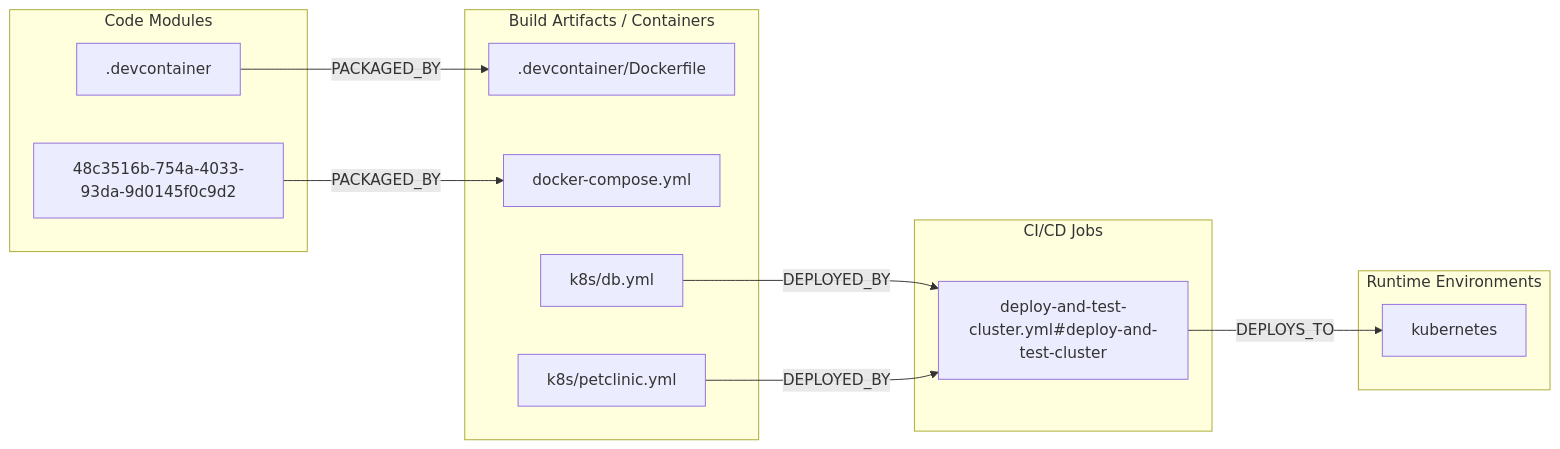
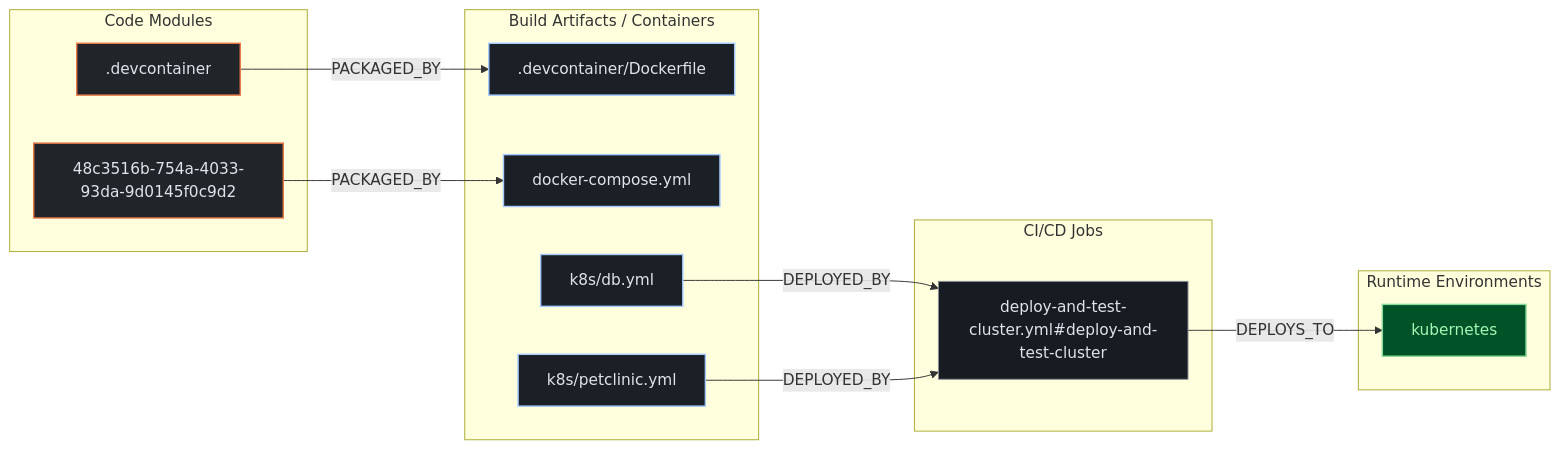
The second of 3 diagrams in exports/latest/reports/spring-projects-spring-petclinic-report.md (kumarshaz/atruss-code-atlas), drawn with Mermaid before and after one commit. The commit also changed other lines of this file and 331 other files, not shown here.

Commit message:
docs,ui,fix: update SDLC docs, reorder CI/CD DAG first, stylize Mermaid, and fix Arc42 pipeline topology

````diff
--- a/exports/latest/reports/spring-projects-spring-petclinic-report.md
+++ b/exports/latest/reports/spring-projects-spring-petclinic-report.md
@@ -163,24 +170,28 @@
 ```mermaid
 flowchart LR
+    classDef atlasCategory fill:#212428,stroke:#E87A48,stroke-width:1.5px,color:#dfe3eb
+    classDef atlasWorkflow fill:#1b2026,stroke:#a3c9ff,stroke-width:1.5px,color:#dfe3eb
+    classDef atlasJob fill:#171c22,stroke:#8d9199,stroke-width:1px,color:#dfe3eb
+    classDef atlasTarget fill:#005227,stroke:#8bd99b,stroke-width:1.5px,color:#a7f6b6
     subgraph code_modules["Code Modules"]
-        mod__devcontainer[".devcontainer"]
-        mod_48c3516b_754a_4033_93da_9d0145f0c9d2["48c3516b-754a-4033-93da-9d0145f0c9d2"]
+        mod__devcontainer[".devcontainer"]:::atlasCategory
+        mod_48c3516b_754a_4033_93da_9d0145f0c9d2["48c3516b-754a-4033-93da-9d0145f0c9d2"]:::atlasCategory
     end
     subgraph build_artifacts["Build Artifacts / Containers"]
-        art__devcontainer_Dockerfile[".devcontainer/Dockerfile"]
-        art_docker_compose_yml["docker-compose.yml"]
-        art_k8s_db_yml["k8s/db.yml"]
-        art_k8s_petclinic_yml["k8s/petclinic.yml"]
+        art__devcontainer_Dockerfile[".devcontainer/Dockerfile"]:::atlasWorkflow
+        art_docker_compose_yml["docker-compose.yml"]:::atlasWorkflow
+        art_k8s_db_yml["k8s/db.yml"]:::atlasWorkflow
+        art_k8s_petclinic_yml["k8s/petclinic.yml"]:::atlasWorkflow
     end
     subgraph ci_jobs["CI/CD Jobs"]
-        job_deploy_and_test_cluster_yml_deploy_and_test_cluster["deploy-and-test-cluster.yml#deploy-and-test-cluster"]
+        job_deploy_and_test_cluster_yml_deploy_and_test_cluster["deploy-and-test-cluster.yml#deploy-and-test-cluster"]:::atlasJob
     end
     subgraph runtime_envs["Runtime Environments"]
-        env_kubernetes["kubernetes"]
+        env_kubernetes["kubernetes"]:::atlasTarget
     end
     job_deploy_and_test_cluster_yml_deploy_and_test_cluster -->|DEPLOYS_TO| env_kubernetes
     mod__devcontainer -->|PACKAGED_BY| art__devcontainer_Dockerfile
     mod_48c3516b_754a_4033_93da_9d0145f0c9d2 -->|PACKAGED_BY| art_docker_compose_yml
     art_k8s_db_yml -->|DEPLOYED_BY| job_deploy_and_test_cluster_yml_deploy_and_test_cluster
     art_k8s_petclinic_yml -->|DEPLOYED_BY| job_deploy_and_test_cluster_yml_deploy_and_test_cluster
 ```
````
